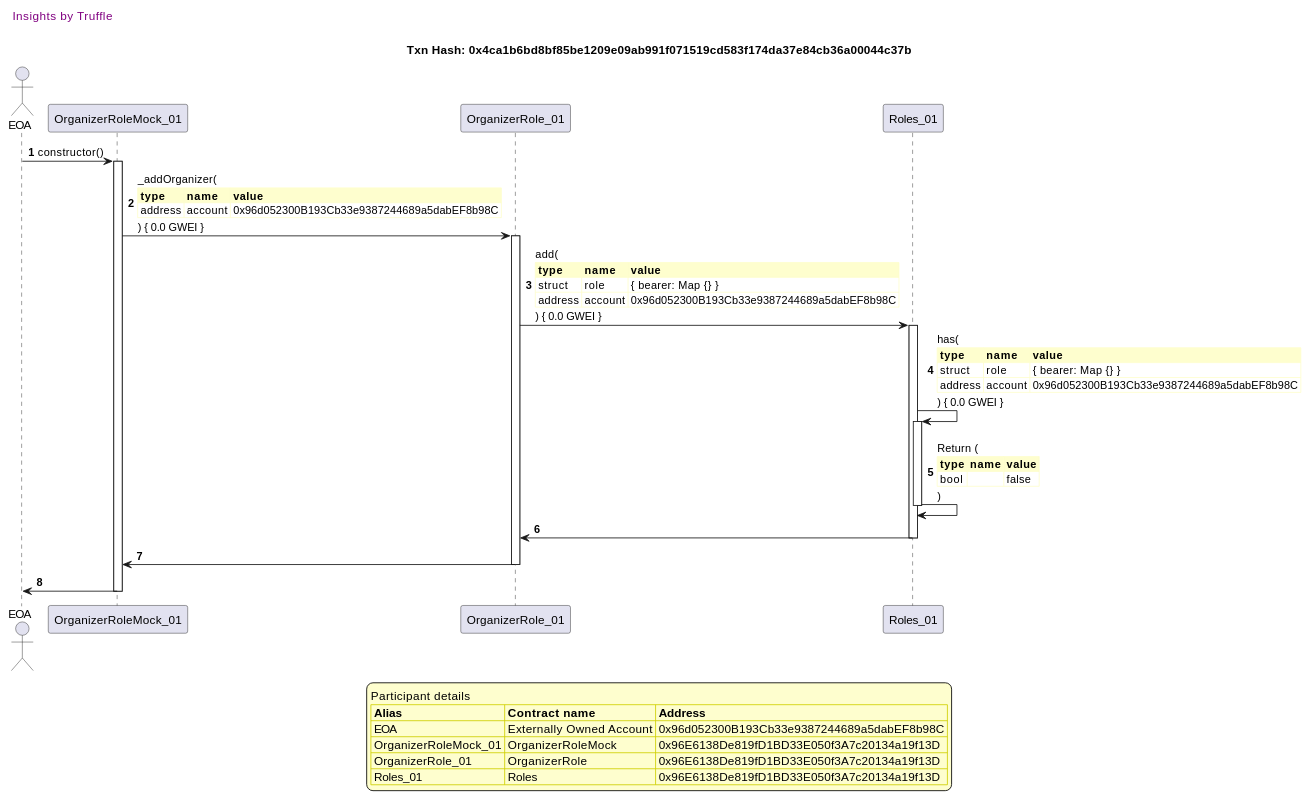
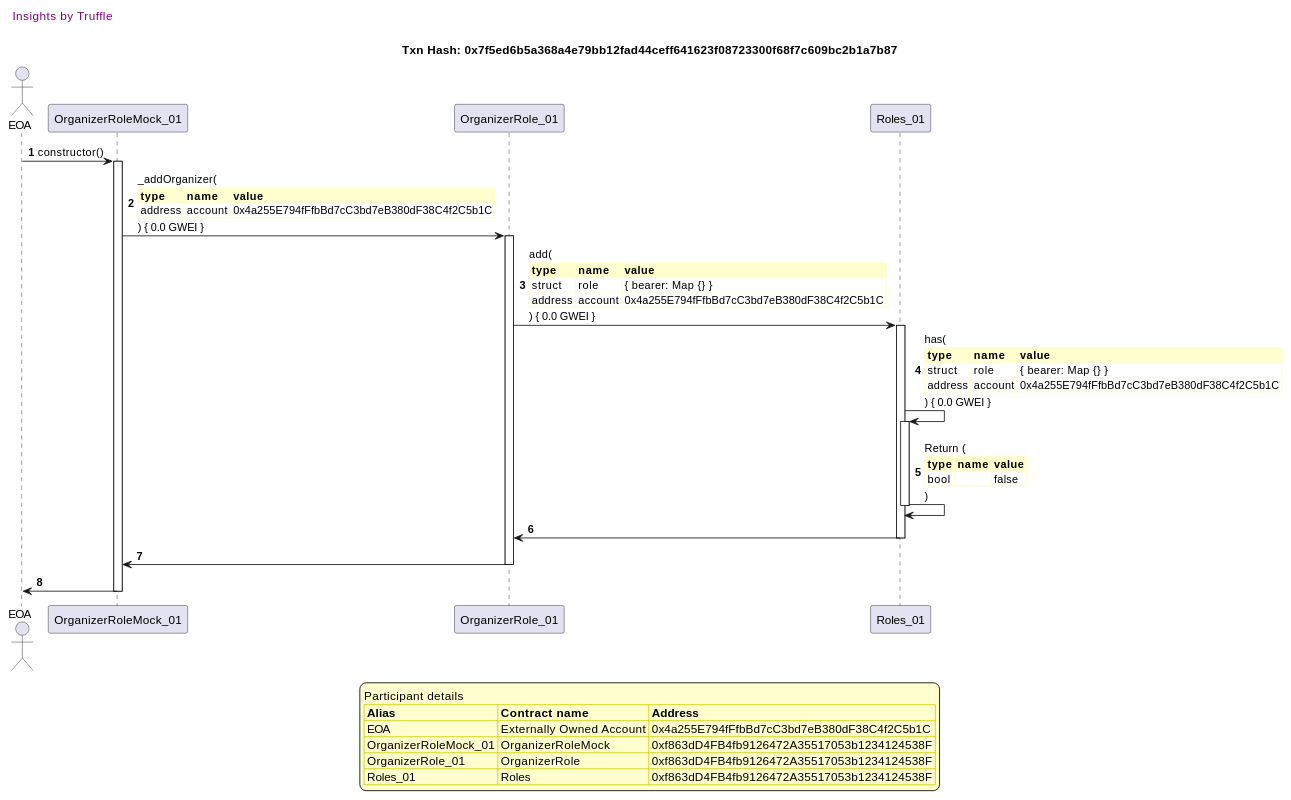
One commit to fodisi/hackapay changed the seventh of 41 diagrams in truffle-seq/roles_organizerrole.md. Above: the diagram before and after it, drawn with PlantUML. The commit also changed other lines of this file and 10 other files, not shown here.

````diff
--- a/truffle-seq/roles_organizerrole.md
+++ b/truffle-seq/roles_organizerrole.md
@@ -490,61 +490,61 @@
 ```plantuml
 
 
 @startuml
 
 autonumber
 skinparam legendBackgroundColor #FEFECE
 
 <style>
       header {
         HorizontalAlignment left
         FontColor purple
         FontSize 14
         Padding 10
       }
     </style>
 
 header Insights by Truffle
 
-title Txn Hash: 0x4ca1b6bd8bf85be1209e09ab991f071519cd583f174da37e84cb36a00044c37b
+title Txn Hash: 0x7f5ed6b5a368a4e79bb12fad44ceff641623f08723300f68f7c609bc2b1a7b87
 
 
 actor EOA as "EOA"
 participant OrganizerRoleMock_01 as "OrganizerRoleMock_01"
 participant OrganizerRole_01 as "OrganizerRole_01"
 participant Roles_01 as "Roles_01"
 
 "EOA" -> "OrganizerRoleMock_01" ++: constructor()
 "OrganizerRoleMock_01" -> "OrganizerRole_01" ++: _addOrganizer(\n\
 <#FEFECE,#FEFECE>|= type |= name |= value |\n\
-| address | account | 0x96d052300B193Cb33e9387244689a5dabEF8b98C |\n\
+| address | account | 0x4a255E794fFfbBd7cC3bd7eB380dF38C4f2C5b1C |\n\
 ) { 0.0 GWEI }
 "OrganizerRole_01" -> "Roles_01" ++: add(\n\
 <#FEFECE,#FEFECE>|= type |= name |= value |\n\
 | struct | role | { bearer: Map {} } |\n\
-| address | account | 0x96d052300B193Cb33e9387244689a5dabEF8b98C |\n\
+| address | account | 0x4a255E794fFfbBd7cC3bd7eB380dF38C4f2C5b1C |\n\
 ) { 0.0 GWEI }
 "Roles_01" -> "Roles_01" ++: has(\n\
 <#FEFECE,#FEFECE>|= type |= name |= value |\n\
 | struct | role | { bearer: Map {} } |\n\
-| address | account | 0x96d052300B193Cb33e9387244689a5dabEF8b98C |\n\
+| address | account | 0x4a255E794fFfbBd7cC3bd7eB380dF38C4f2C5b1C |\n\
 ) { 0.0 GWEI }
 "Roles_01" -> "Roles_01" --: Return (\n\
 <#FEFECE,#FEFECE>|= type |= name |= value |\n\
 | bool |  | false |\n\
 )
 "Roles_01" -> "OrganizerRole_01" --: 
 "OrganizerRole_01" -> "OrganizerRoleMock_01" --: 
 "OrganizerRoleMock_01" -> "EOA" --: 
 
 legend
 Participant details
 <#FEFECE,#D0D000>|= Alias |= Contract name |= Address |
-<#FEFECE>| EOA | Externally Owned Account | 0x96d052300B193Cb33e9387244689a5dabEF8b98C |
-<#FEFECE>| OrganizerRoleMock_01 | OrganizerRoleMock | 0x96E6138De819fD1BD33E050f3A7c20134a19f13D |
-<#FEFECE>| OrganizerRole_01 | OrganizerRole | 0x96E6138De819fD1BD33E050f3A7c20134a19f13D |
-<#FEFECE>| Roles_01 | Roles | 0x96E6138De819fD1BD33E050f3A7c20134a19f13D |
+<#FEFECE>| EOA | Externally Owned Account | 0x4a255E794fFfbBd7cC3bd7eB380dF38C4f2C5b1C |
+<#FEFECE>| OrganizerRoleMock_01 | OrganizerRoleMock | 0xf863dD4FB4fb9126472A35517053b1234124538F |
+<#FEFECE>| OrganizerRole_01 | OrganizerRole | 0xf863dD4FB4fb9126472A35517053b1234124538F |
+<#FEFECE>| Roles_01 | Roles | 0xf863dD4FB4fb9126472A35517053b1234124538F |
 endlegend
 
 @enduml
 ```
````
